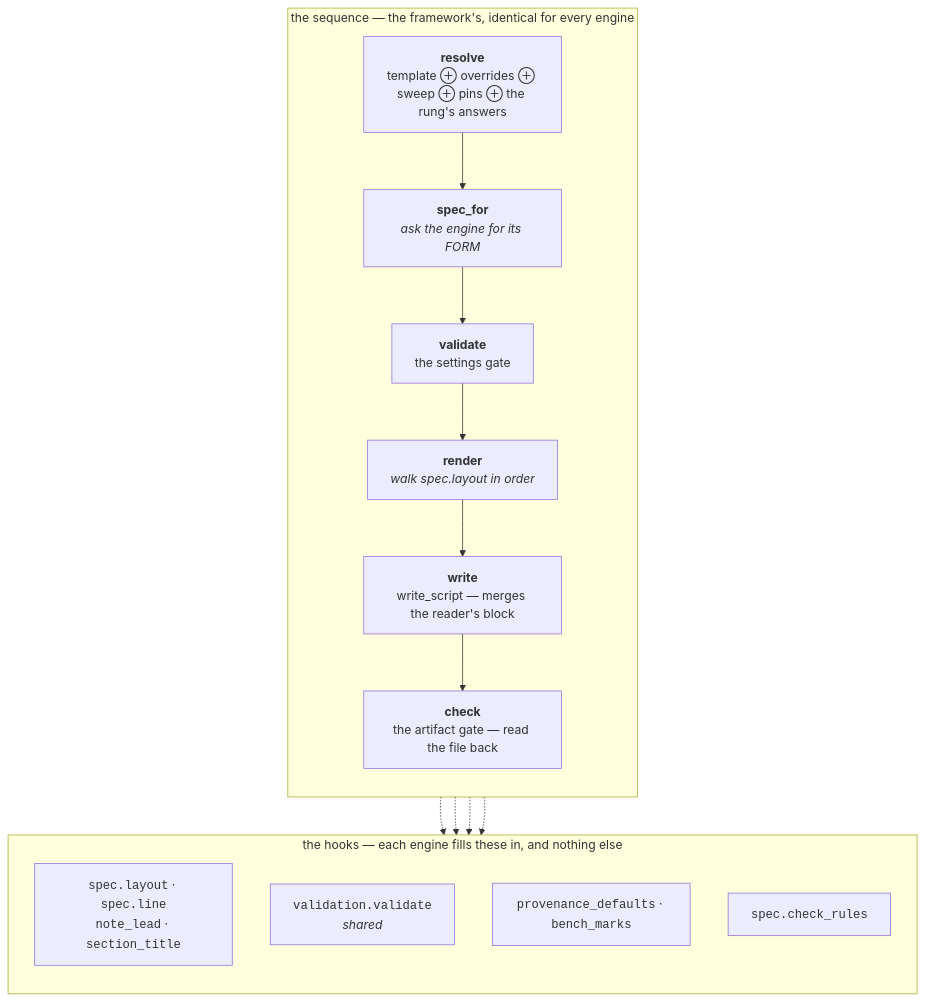
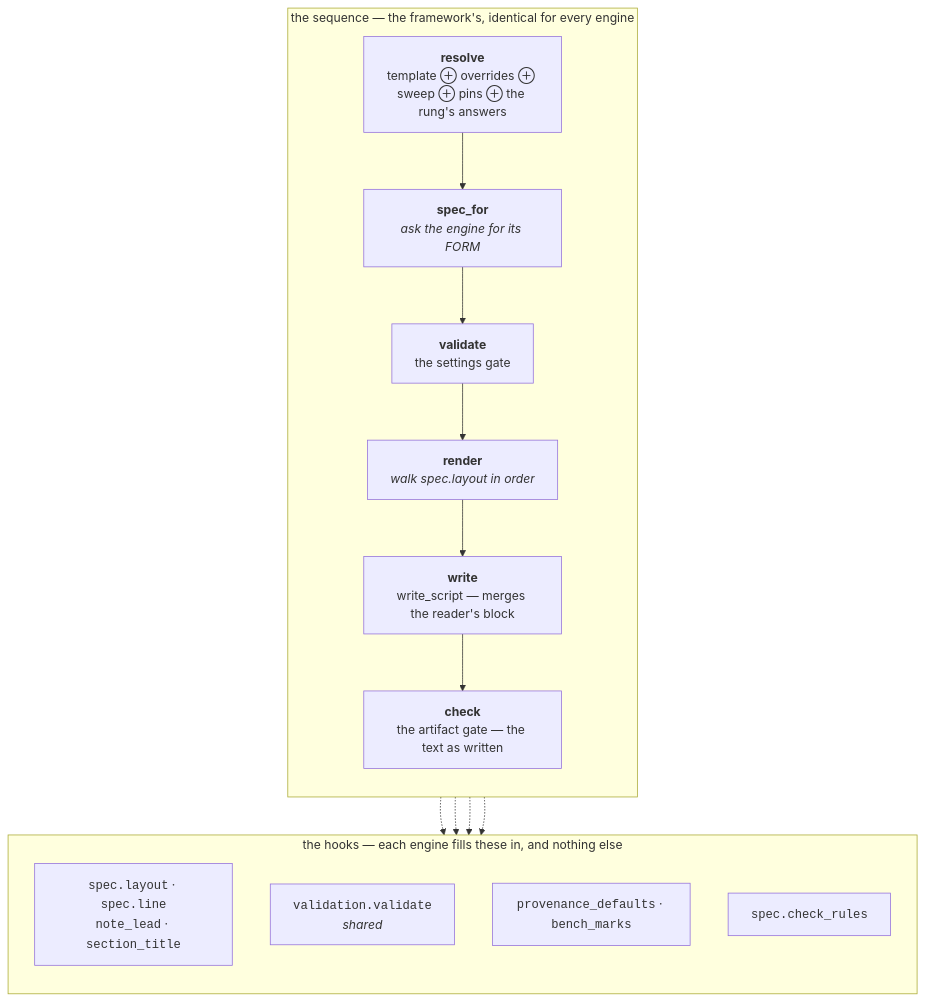
The sixth of 7 diagrams in docs/execution/script-preparation.md (Qing-LAB/molbuilder), drawn with Mermaid before and after one commit. The commit also changed other lines of this file and 44 other files, not shown here.

````diff
--- a/docs/execution/script-preparation.md
+++ b/docs/execution/script-preparation.md
@@ -778,24 +778,24 @@
 ```mermaid
 flowchart TB
     subgraph FIXED["the sequence — the framework's, identical for every engine"]
       direction TB
       S1["<b>resolve</b><br/>template ⊕ overrides ⊕ sweep ⊕ pins ⊕ the rung's answers"]
       S2["<b>spec_for</b><br/><i>ask the engine for its FORM</i>"]
       S3["<b>validate</b><br/>the settings gate"]
       S4["<b>render</b><br/><i>walk spec.layout in order</i>"]
       S5["<b>write</b><br/>write_script — merges the reader's block"]
-      S6["<b>check</b><br/>the artifact gate — read the file back"]
+      S6["<b>check</b><br/>the artifact gate — the text as written"]
       S1 --> S2 --> S3 --> S4 --> S5 --> S6
     end
     subgraph HOOKS["the hooks — each engine fills these in, and nothing else"]
       direction TB
       H2["<code>spec.layout</code> · <code>spec.line</code><br/><code>note_lead</code> · <code>section_title</code>"]
       H3["<code>validation.validate</code><br/><i>shared</i>"]
       H5["<code>provenance_defaults</code> · <code>bench_marks</code>"]
       H6["<code>spec.check_rules</code>"]
     end
     S2 -.-> H2
     S3 -.-> H3
     S4 -.-> H5
     S6 -.-> H6
 ```
````
